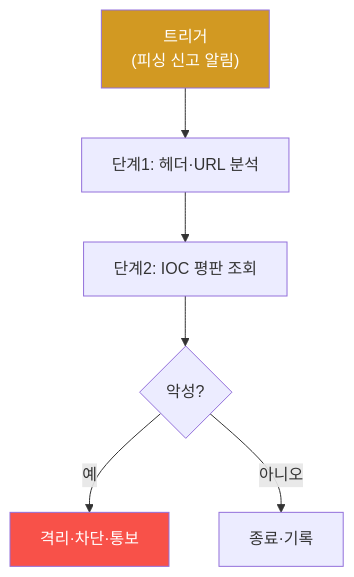
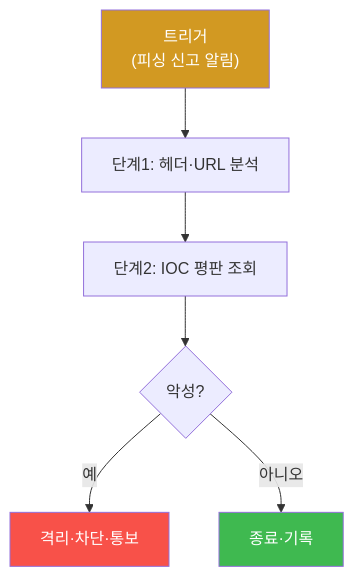
The diagram in contents/training/autonomous-security/lecture_week05.md (mrgrit/tw2), drawn with Mermaid before and after one commit. The commit also changed other lines of this file and 1 other file, not shown here.

````diff
--- a/contents/training/autonomous-security/lecture_week05.md
+++ b/contents/training/autonomous-security/lecture_week05.md
@@ -54,10 +58,11 @@
 ```mermaid
 graph TD
     T["트리거<br/>(피싱 신고 알림)"] --> S1["단계1: 헤더·URL 분석"]
     S1 --> S2["단계2: IOC 평판 조회"]
     S2 --> B{"악성?"}
-    B -->|예| C["격리·차단·통보"]
-    B -->|아니오| E["종료·기록"]
+    B -->|"예"| C["격리·차단·통보"]
+    B -->|"아니오"| E["종료·기록"]
     style T fill:#d29922,color:#fff
     style C fill:#f85149,color:#fff
+    style E fill:#3fb950,color:#fff
 ```
````
